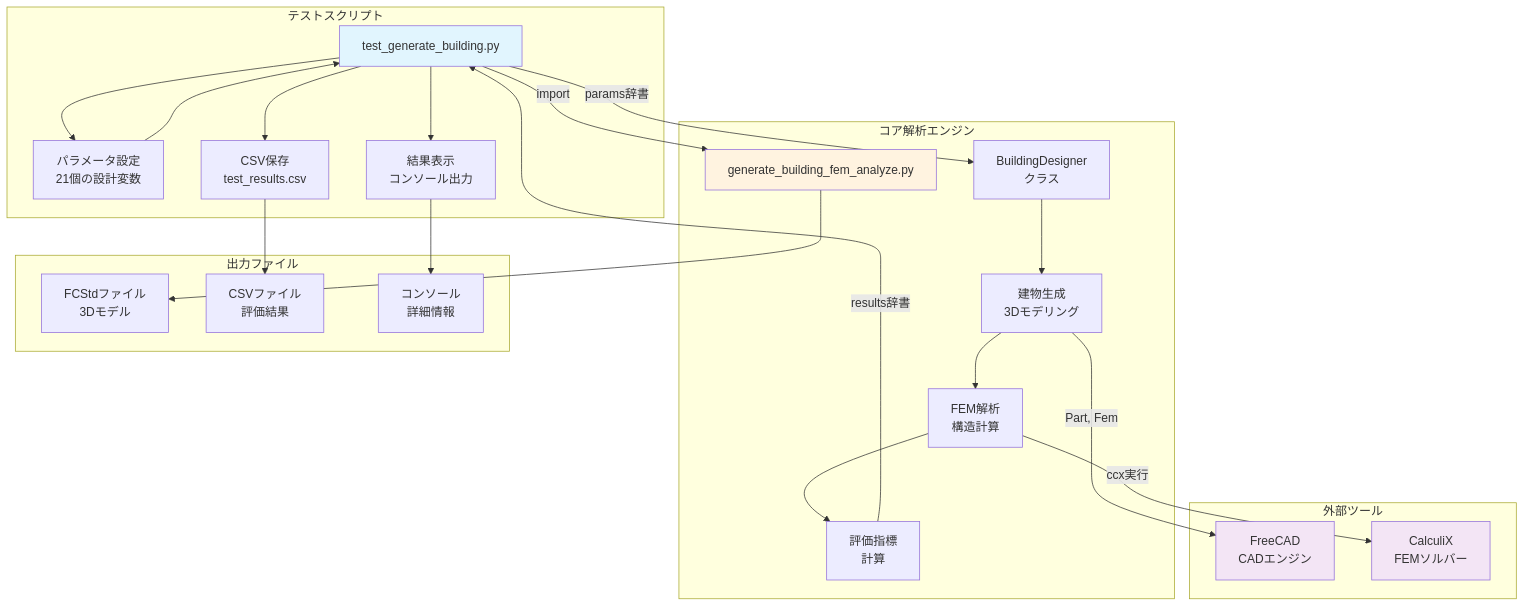
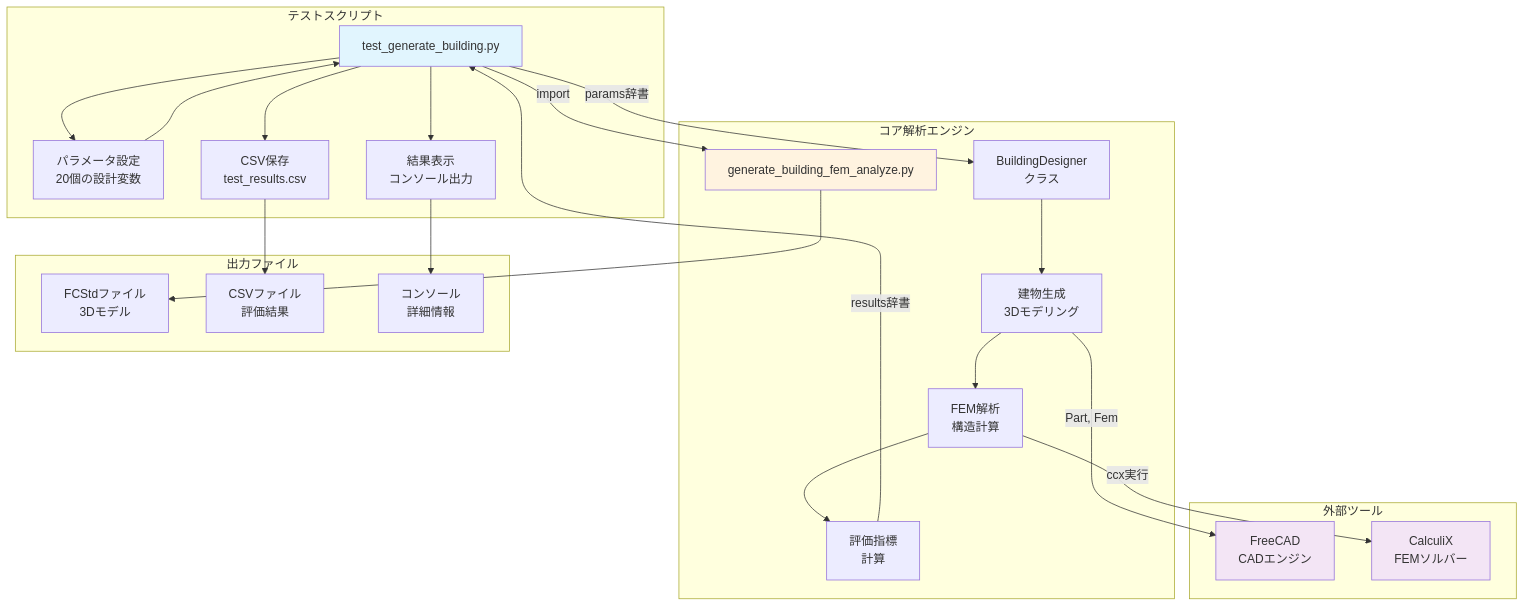
One commit to jkushida/ai-arch changed the second of 4 diagrams in test_generate_building_usage.md. Above: the diagram before and after it, drawn with Mermaid. The commit also changed other lines of this file and 11 other files, not shown here.

````diff
--- a/test_generate_building_usage.md
+++ b/test_generate_building_usage.md
@@ -155,51 +155,51 @@
 ```mermaid
 graph TB
     subgraph "テストスクリプト"
         A[test_generate_building.py]
-        A1[パラメータ設定\n21個の設計変数]
+        A1[パラメータ設定\n20個の設計変数]
         A2[結果表示\nコンソール出力]
         A3[CSV保存\ntest_results.csv]
     end
     
     subgraph "コア解析エンジン"
         B[generate_building_fem_analyze.py]
         B1[BuildingDesigner\nクラス]
         B2[建物生成\n3Dモデリング]
         B3[FEM解析\n構造計算]
         B4[評価指標\n計算]
     end
     
     subgraph "外部ツール"
         C[FreeCAD\nCADエンジン]
         D[CalculiX\nFEMソルバー]
     end
     
     subgraph "出力ファイル"
         E["FCStdファイル\n3Dモデル"]
         F["CSVファイル\n評価結果"]
         G["コンソール\n詳細情報"]
     end
     
     A --> |"import"| B
     A --> |"params辞書"| B1
     B1 --> B2
     B2 --> |"Part, Fem"| C
     B3 --> |"ccx実行"| D
     B2 --> B3
     B3 --> B4
     B4 --> |"results辞書"| A
     
     A --> A1
     A1 --> A
     A --> A2
     A --> A3
     
     B --> E
     A3 --> F
     A2 --> G
     
     style A fill:#e1f5fe
     style B fill:#fff3e0
     style C fill:#f3e5f5
     style D fill:#f3e5f5
 ```
````
